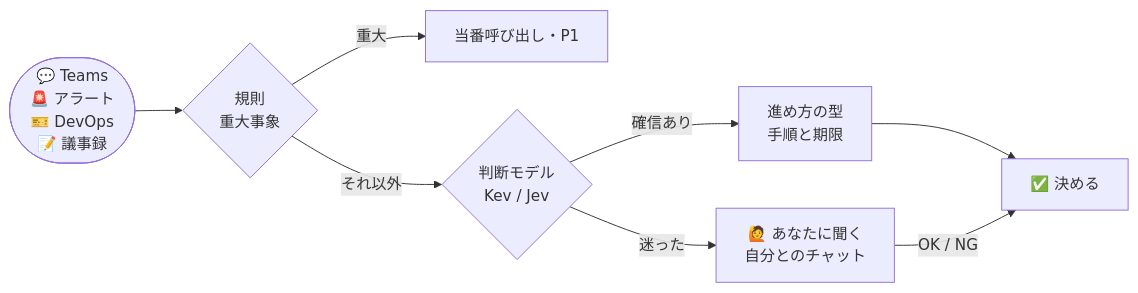
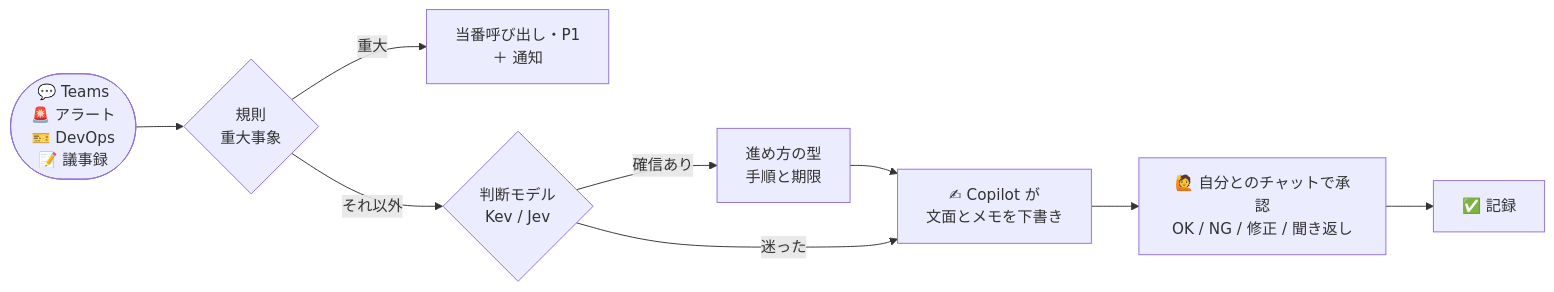
The diagram in README.md (awano27/pm-decision), drawn with Mermaid before and after one commit. The commit also changed other lines of this file and 1 other file, not shown here.

````diff
--- a/README.md
+++ b/README.md
@@ -47,10 +50,11 @@
 ```mermaid
 flowchart LR
     E([💬 Teams<br/>🚨 アラート<br/>🎫 DevOps<br/>📝 議事録]) --> M{規則<br/>重大事象}
-    M -- 重大 --> P1[当番呼び出し・P1]
+    M -- 重大 --> P1[当番呼び出し・P1<br/>＋ 通知]
     M -- それ以外 --> J{判断モデル<br/>Kev / Jev}
     J -- 確信あり --> PL[進め方の型<br/>手順と期限]
-    PL --> D[✅ 決める]
-    J -- 迷った --> A[🙋 あなたに聞く<br/>自分とのチャット]
-    A -- OK / NG --> D
+    PL --> W[✍ Copilot が<br/>文面とメモを下書き]
+    J -- 迷った --> W
+    W --> A[🙋 自分とのチャットで承認<br/>OK / NG / 修正 / 聞き返し]
+    A --> D[✅ 記録]
 ```
````
